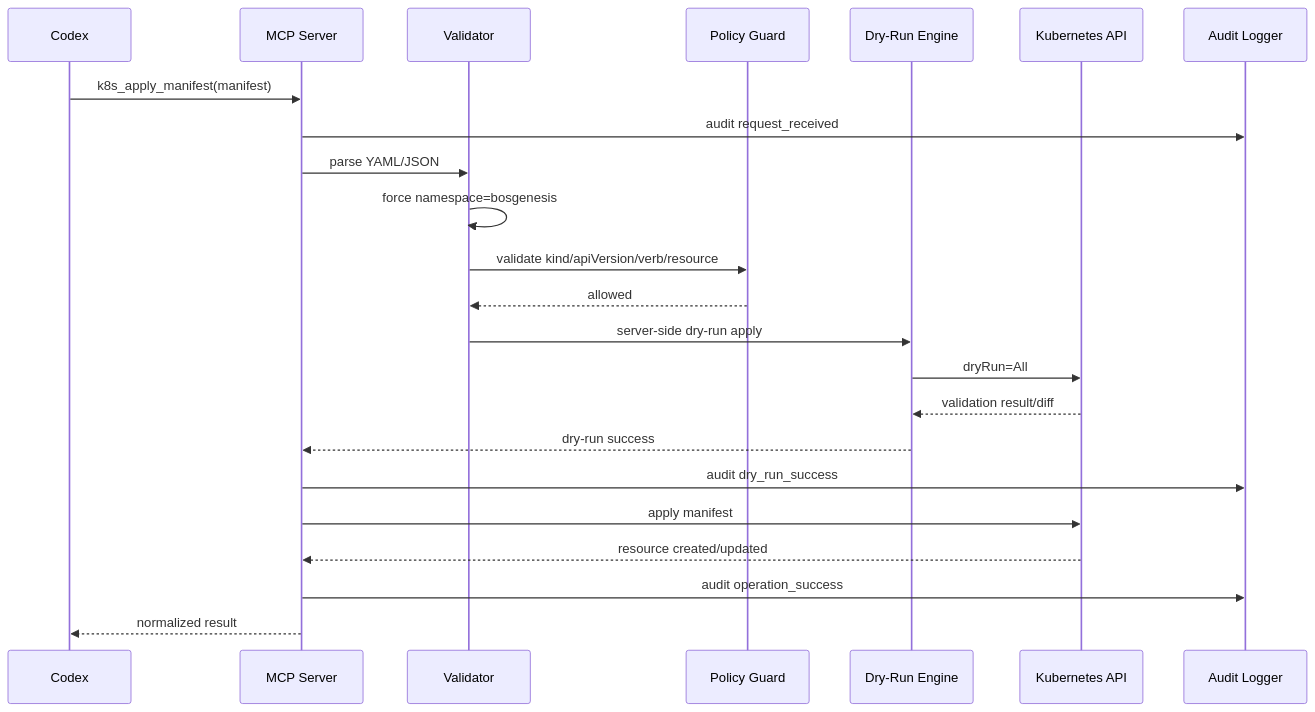
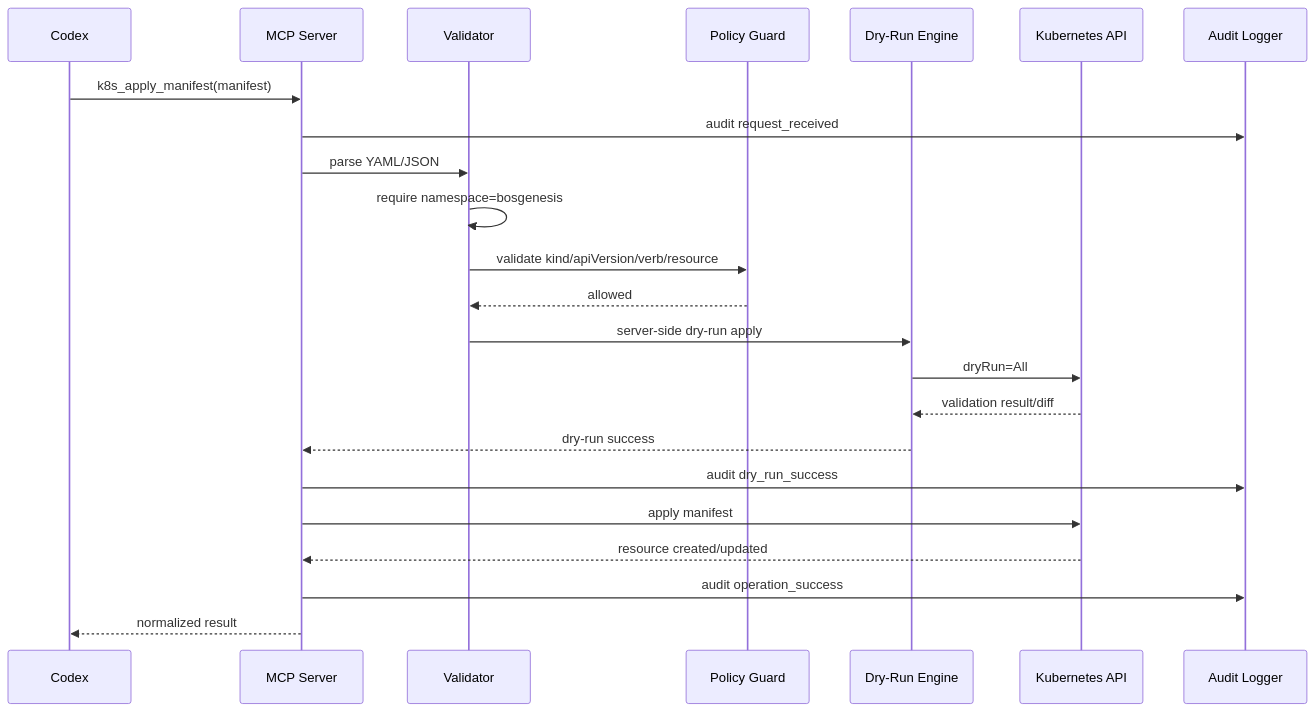
One commit to aveeshek/bosgenesis-k8s-inspector-mcp changed the fourth of 7 diagrams in knowledge-base/DESIGN.md. Above: the diagram before and after it, drawn with Mermaid. The commit also changed other lines of this file and 13 other files, not shown here.

````diff
--- a/knowledge-base/DESIGN.md
+++ b/knowledge-base/DESIGN.md
@@ -337,26 +346,26 @@
 ```mermaid
 sequenceDiagram
     participant C as Codex
     participant M as MCP Server
     participant V as Validator
     participant P as Policy Guard
     participant DR as Dry-Run Engine
     participant K as Kubernetes API
     participant A as Audit Logger
 
     C->>M: k8s_apply_manifest(manifest)
     M->>A: audit request_received
     M->>V: parse YAML/JSON
-    V->>V: force namespace=bosgenesis
+    V->>V: require namespace=bosgenesis
     V->>P: validate kind/apiVersion/verb/resource
     P-->>V: allowed
     V->>DR: server-side dry-run apply
     DR->>K: dryRun=All
     K-->>DR: validation result/diff
     DR-->>M: dry-run success
     M->>A: audit dry_run_success
     M->>K: apply manifest
     K-->>M: resource created/updated
     M->>A: audit operation_success
     M-->>C: normalized result
 ```
````
